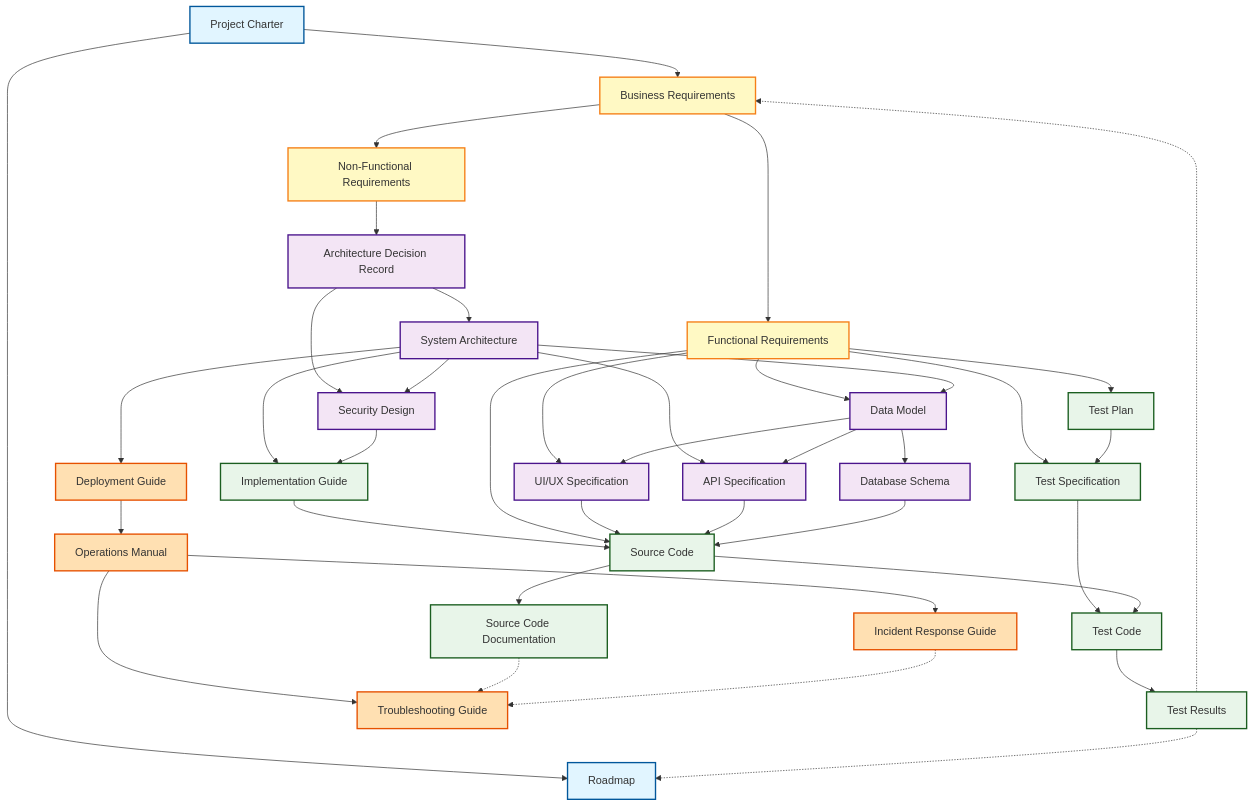
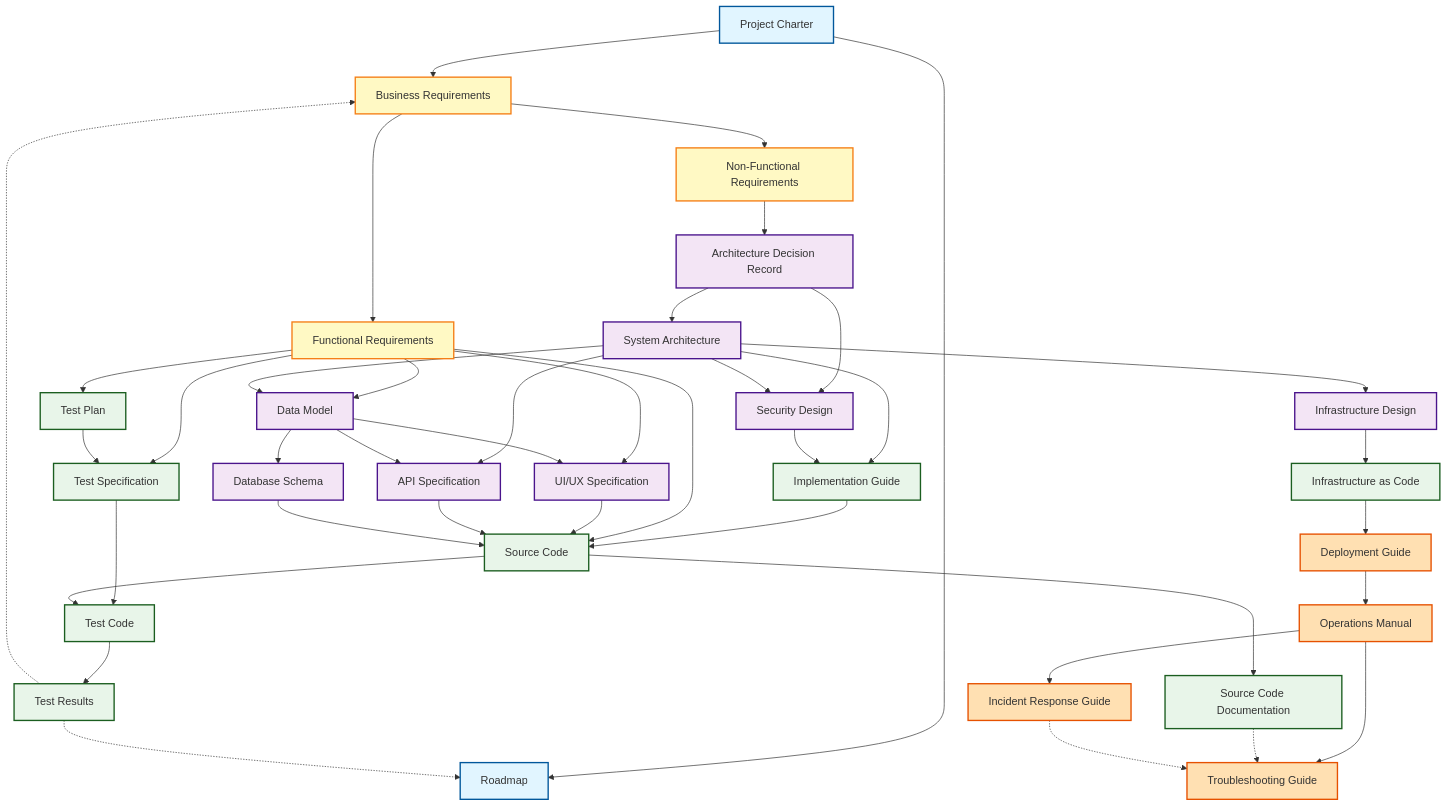
Before and after one commit to mahitotsu/ukiyoue: the diagram in specs/document-taxonomy.md, drawn with Mermaid. The commit also changed other lines of this file, not shown here.

First line of the commit message:
feat(specs): Add Infrastructure Design and Infrastructure as Code

````diff
--- a/specs/document-taxonomy.md
+++ b/specs/document-taxonomy.md
@@ -260,9 +274,11 @@
     API[API Specification]
     DBSchema[Database Schema]
     SecDesign[Security Design]
+    InfraDesign[Infrastructure Design]
 
     %% Layer 4: Implementation & Test
     ImplGuide[Implementation Guide]
+    IaC[Infrastructure as Code]
     TestPlan[Test Plan]
     TestSpec[Test Specification]
     SrcCode[Source Code]
@@ -298,12 +314,16 @@
     SysArch --> DataModel
     SysArch --> API
     SysArch --> SecDesign
-    SysArch --> DeployGuide
+    SysArch --> InfraDesign
 
     %% Data Design Flow
     DataModel --> DBSchema
     DataModel --> API
     DataModel --> UIUX
+
+    %% Infrastructure Flow
+    InfraDesign --> IaC
+    IaC --> DeployGuide
 
     %% Design to Implementation
     SysArch --> ImplGuide
@@ -342,7 +362,7 @@
 
     class Charter,Roadmap layer1
     class BizReq,FuncReq,NonFuncReq layer2
-    class ADR,SysArch,DataModel,UIUX,API,DBSchema,SecDesign layer3
-    class ImplGuide,TestPlan,TestSpec,SrcCode,TestCode,TestResults,SrcDoc layer4
+    class ADR,SysArch,DataModel,UIUX,API,DBSchema,SecDesign,InfraDesign layer3
+    class ImplGuide,IaC,TestPlan,TestSpec,SrcCode,TestCode,TestResults,SrcDoc layer4
     class DeployGuide,OpsManual,IncidentGuide,TroubleshootGuide layer5
 ```
````
